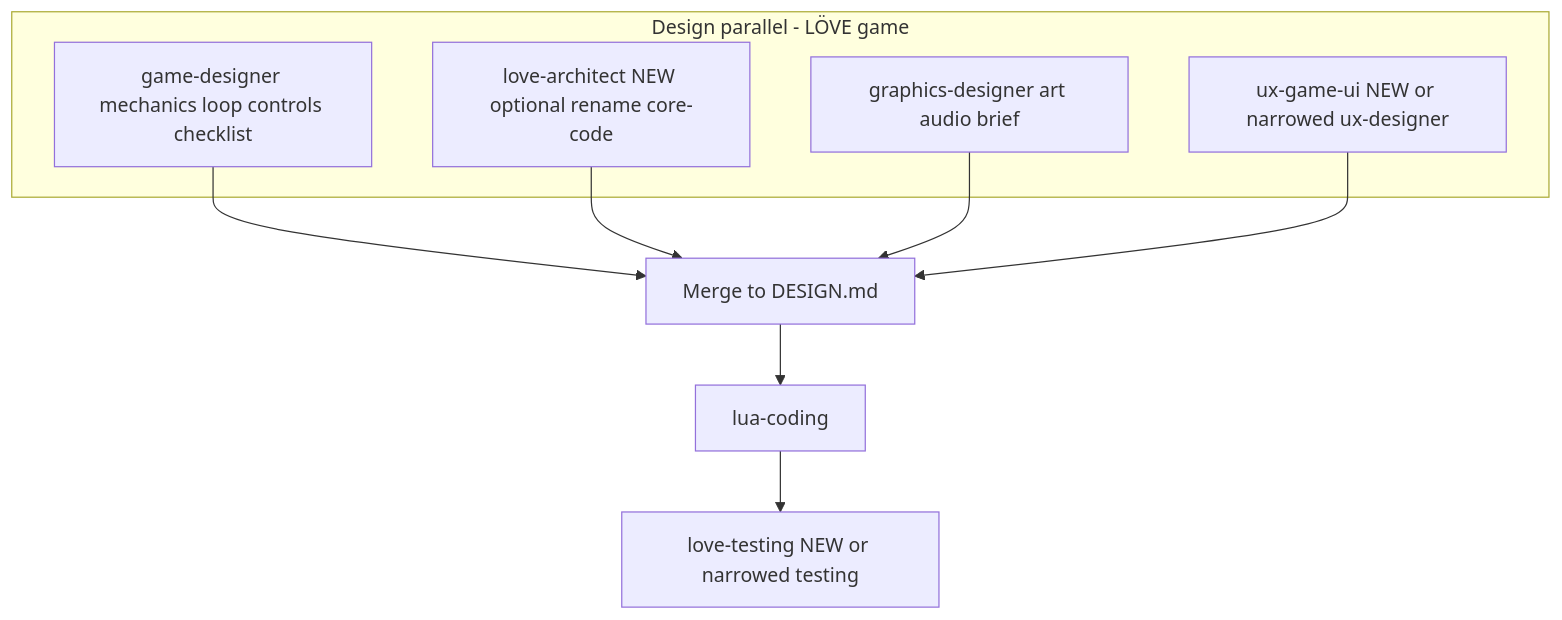
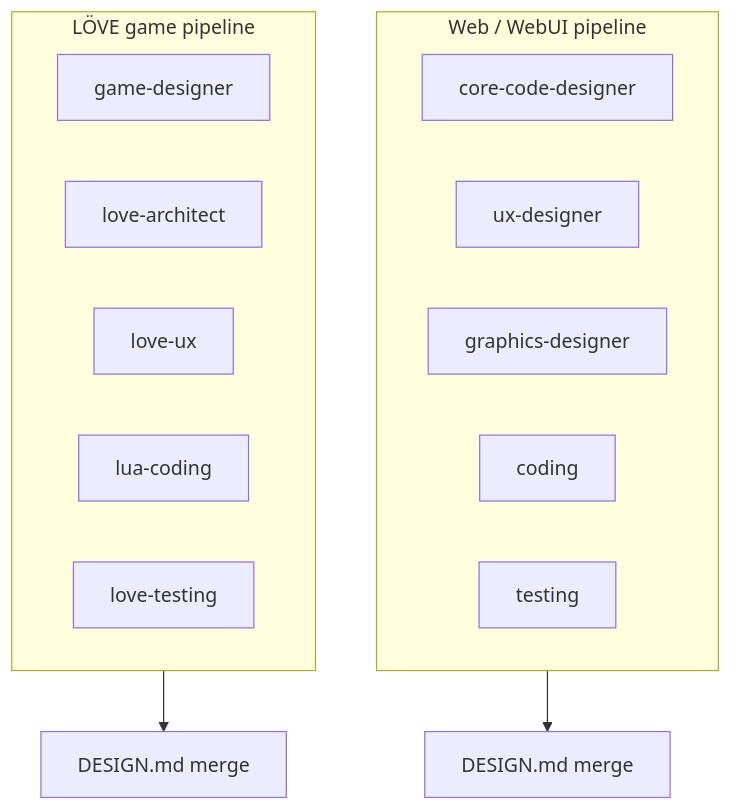
One commit to cjaherne/none-of-them-knew-they-were-robots changed the diagram in .cursor/plans/agent-specialisations-lua-game.md. Above: the diagram before and after it, drawn with Mermaid. The commit also changed other lines of this file, not shown here.

First line of the commit message:
docs(plan): Option A only — love-architect/love-ux/love-testing; web agents Web-only

````diff
--- a/.cursor/plans/agent-specialisations-lua-game.md
+++ b/.cursor/plans/agent-specialisations-lua-game.md
@@ -40,15 +54,19 @@
 ```mermaid
 flowchart TB
-  subgraph designParallel [Design parallel - LÖVE game]
-    GD[game-designer mechanics loop controls checklist]
-    AD[love-architect NEW optional rename core-code]
-    VD[graphics-designer art audio brief]
-    UX[ux-game-ui NEW or narrowed ux-designer]
+  subgraph webPipeline [Web / WebUI pipeline]
+    CCD[core-code-designer]
+    UXW[ux-designer]
+    GFXW[graphics-designer]
+    COD[coding]
+    TST[testing]
   end
-  GD --> MERGE[Merge to DESIGN.md]
-  AD --> MERGE
-  VD --> MERGE
-  UX --> MERGE
-  MERGE --> LUA[lua-coding]
-  LUA --> TEST[love-testing NEW or narrowed testing]
+  subgraph lovePipeline [LÖVE game pipeline]
+    GD[game-designer]
+    LA[love-architect]
+    LU[love-ux]
+    LC[lua-coding]
+    LT[love-testing]
+  end
+  webPipeline --> MergeW[DESIGN.md merge]
+  lovePipeline --> MergeL[DESIGN.md merge]
 ```
````
